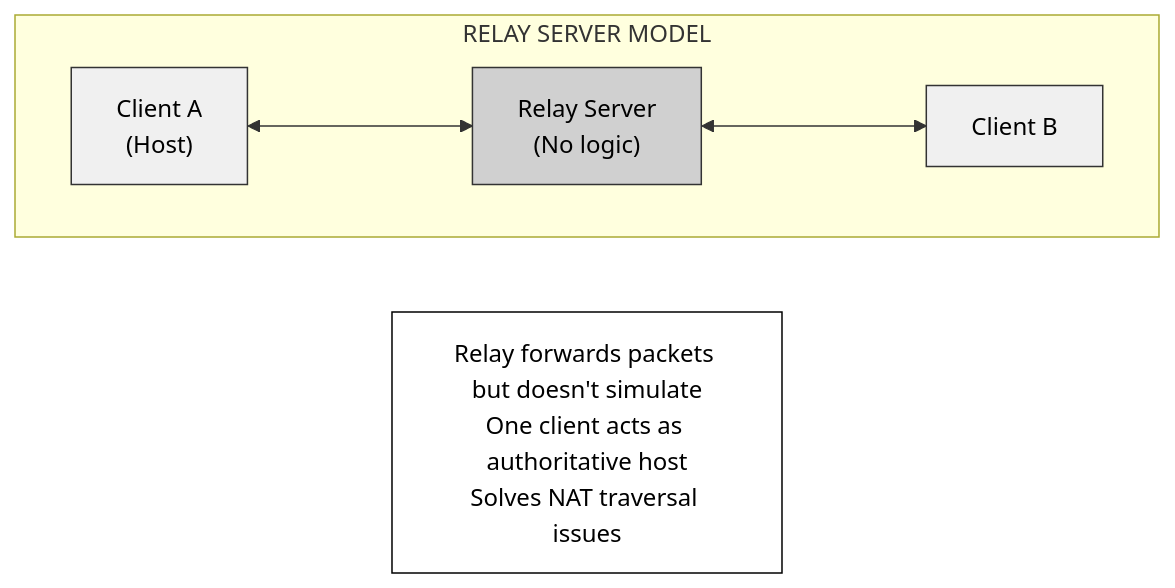
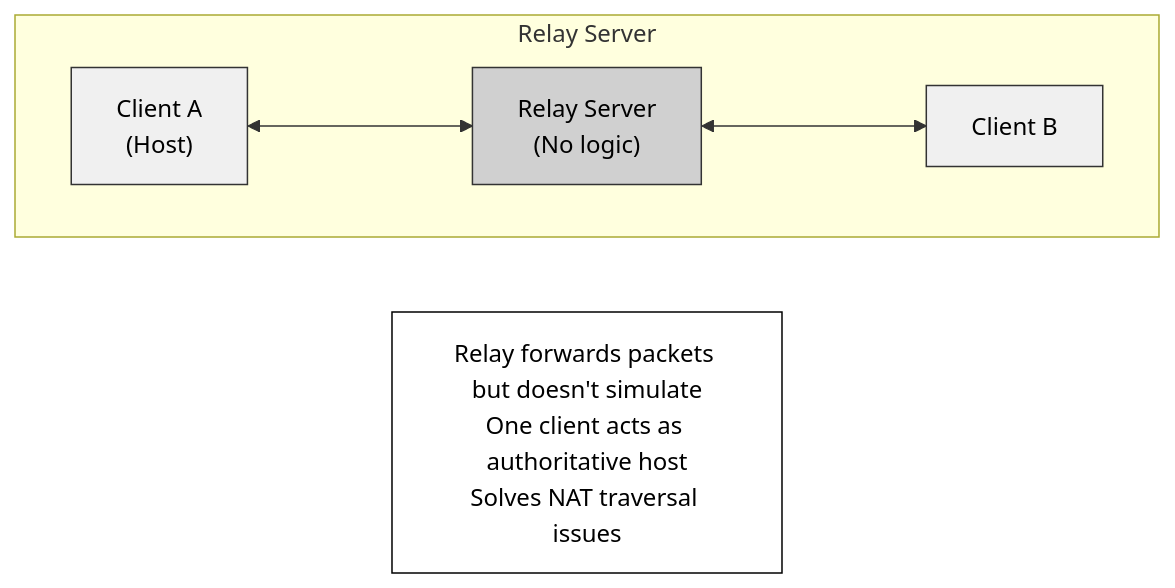
One commit to jukofyork/close-combat-architecture-study changed the fourth of 7 diagrams in chapter_15_multiplayer.md. Above: the diagram before and after it, drawn with Mermaid. The commit also changed other lines of this file and 5 other files, not shown here.

````diff
--- a/chapter_15_multiplayer.md
+++ b/chapter_15_multiplayer.md
@@ -514,22 +514,22 @@
 ```mermaid
 flowchart LR
     classDef default fill:#fff,stroke:#000,stroke-width:1px,color:#000
     classDef light fill:#f0f0f0,stroke:#333,stroke-width:1px,color:#000
     classDef medium fill:#d0d0d0,stroke:#333,stroke-width:1px,color:#000
     classDef dark fill:#b0b0b0,stroke:#000,stroke-width:2px,color:#000
 
-    subgraph Relay["RELAY SERVER MODEL"]
+    subgraph Relay["Relay Server"]
         direction LR
 
         ClientA["Client A\n(Host)"]
         RelayServer["Relay Server\n(No logic)"]
         ClientB["Client B"]
 
         ClientA <---> RelayServer <---> ClientB
     end
 
     Note["Relay forwards packets but doesn't simulate\nOne client acts as authoritative host\nSolves NAT traversal issues"]
 
     class ClientA,ClientB light
     class RelayServer medium
 ```
````
